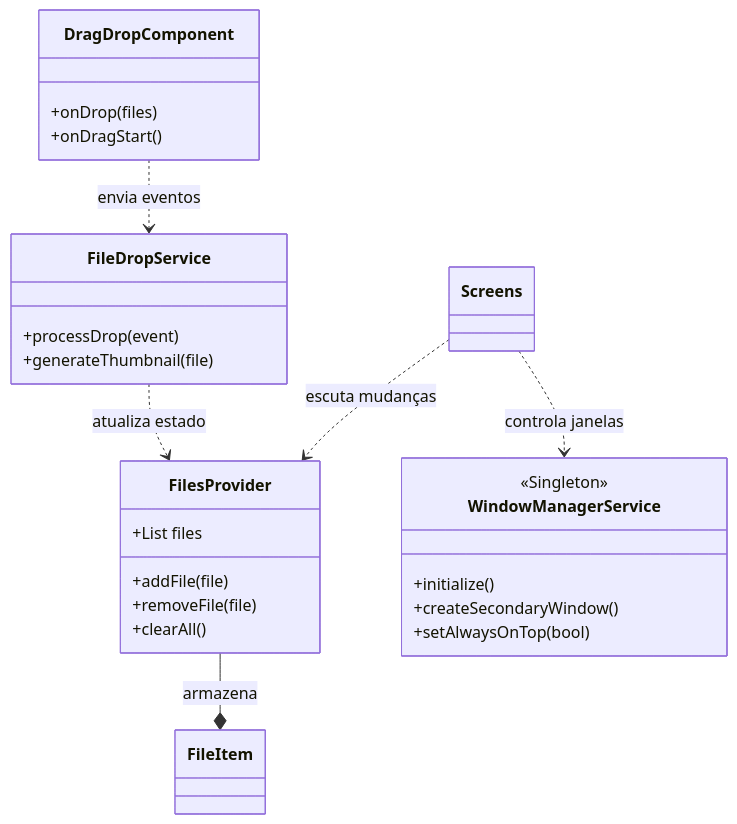
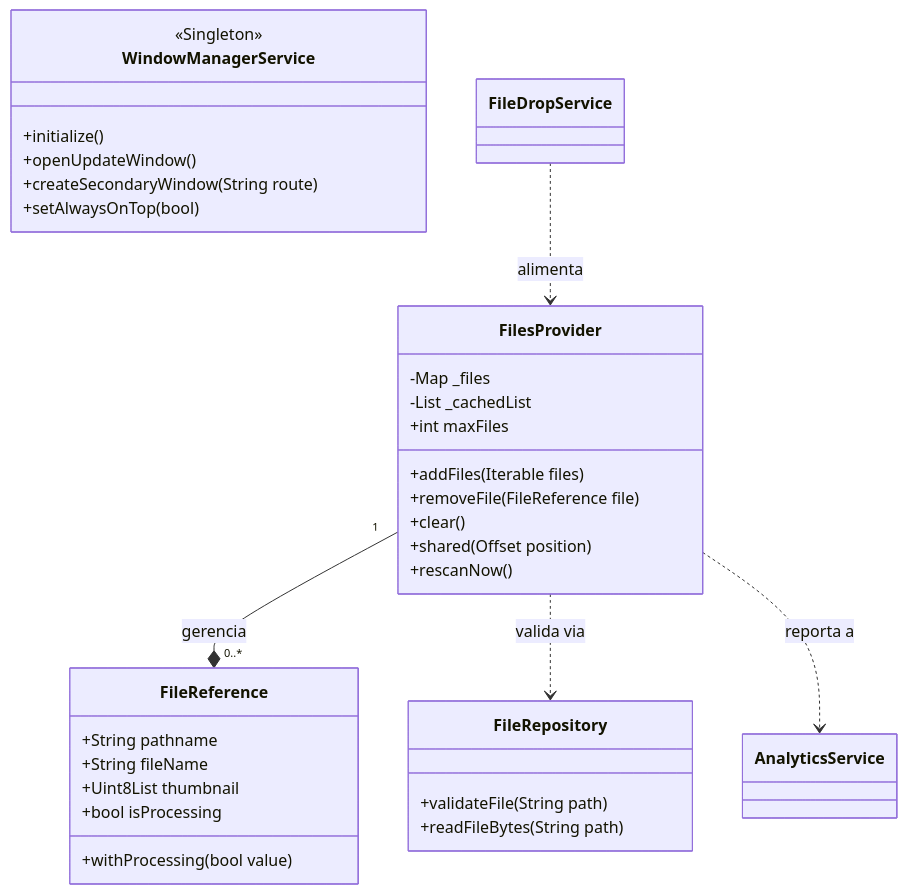
One commit to victorcmarinho/EasierDrop changed the second of 5 diagrams in doc/ARQUITETURA.md. Above: the diagram before and after it, drawn with Mermaid. The commit also changed other lines of this file, not shown here.

Commit message:
docs: Enhance architecture documentation with new class, sequence, and state diagrams and refined component flows.

````diff
--- a/doc/ARQUITETURA.md
+++ b/doc/ARQUITETURA.md
@@ -41,32 +54,39 @@
 ```mermaid
 classDiagram
     class FilesProvider {
-        +List files
-        +addFile(file)
-        +removeFile(file)
-        +clearAll()
+        -Map<String, FileReference> _files
+        -List<FileReference> _cachedList
+        +int maxFiles
+        +addFiles(Iterable files)
+        +removeFile(FileReference file)
+        +clear()
+        +shared(Offset position)
+        +rescanNow()
     }
-    
+
+    class FileReference {
+        +String pathname
+        +String fileName
+        +Uint8List thumbnail
+        +bool isProcessing
+        +withProcessing(bool value)
+    }
+
     class WindowManagerService {
         <<Singleton>>
         +initialize()
-        +createSecondaryWindow()
+        +openUpdateWindow()
+        +createSecondaryWindow(String route)
         +setAlwaysOnTop(bool)
     }
-    
-    class FileDropService {
-        +processDrop(event)
-        +generateThumbnail(file)
+
+    class FileRepository {
+        +validateFile(String path)
+        +readFileBytes(String path)
     }
 
-    class DragDropComponent {
-        +onDrop(files)
-        +onDragStart()
-    }
-
-    DragDropComponent ..> FileDropService : envia eventos
-    FileDropService ..> FilesProvider : atualiza estado
-    FilesProvider --* FileItem : armazena
-    Screens ..> FilesProvider : escuta mudanças
-    Screens ..> WindowManagerService : controla janelas
+    FilesProvider "1" --* "0..*" FileReference : gerencia
+    FilesProvider ..> FileRepository : valida via
+    FilesProvider ..> AnalyticsService : reporta a
+    FileDropService ..> FilesProvider : alimenta
 ```
````
